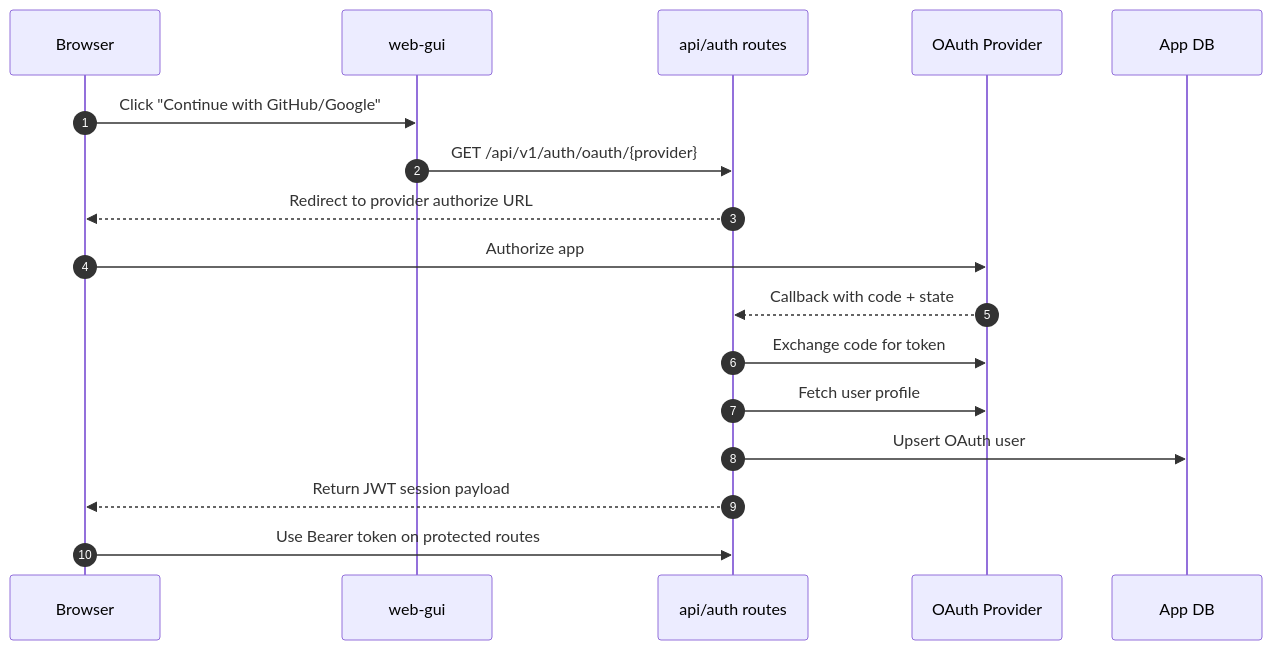
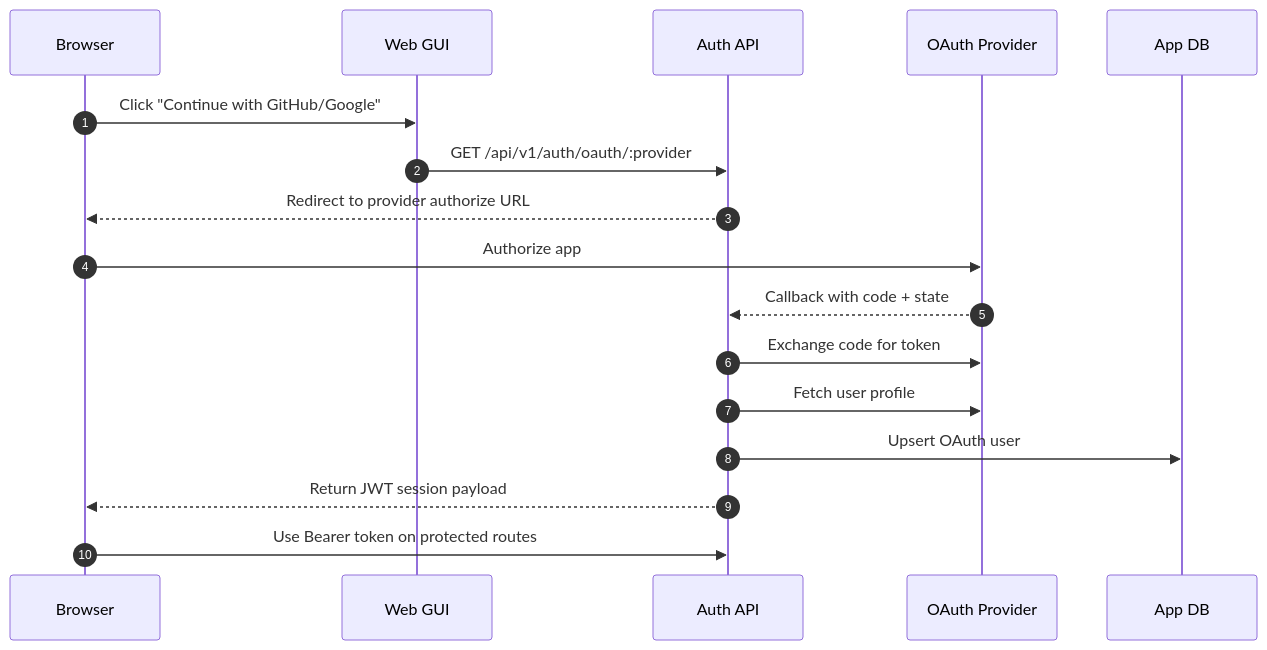
One commit to Veri5ied/dataflow-studio changed the third of 7 diagrams in docs/system-design-flow.md. Above: the diagram before and after it, drawn with Mermaid. The commit also changed other lines of this file, not shown here.

Commit message:
GitHub-safe Mermaid syntax

````diff
--- a/docs/system-design-flow.md
+++ b/docs/system-design-flow.md
@@ -61,20 +61,20 @@
 ```mermaid
 sequenceDiagram
   autonumber
   participant Browser
-  participant Web as web-gui
-  participant API as api/auth routes
+  participant Web as Web GUI
+  participant API as Auth API
   participant Provider as OAuth Provider
   participant DB as App DB
 
   Browser->>Web: Click "Continue with GitHub/Google"
-  Web->>API: GET /api/v1/auth/oauth/{provider}
+  Web->>API: GET /api/v1/auth/oauth/:provider
   API-->>Browser: Redirect to provider authorize URL
   Browser->>Provider: Authorize app
   Provider-->>API: Callback with code + state
   API->>Provider: Exchange code for token
   API->>Provider: Fetch user profile
   API->>DB: Upsert OAuth user
   API-->>Browser: Return JWT session payload
   Browser->>API: Use Bearer token on protected routes
 ```
````
